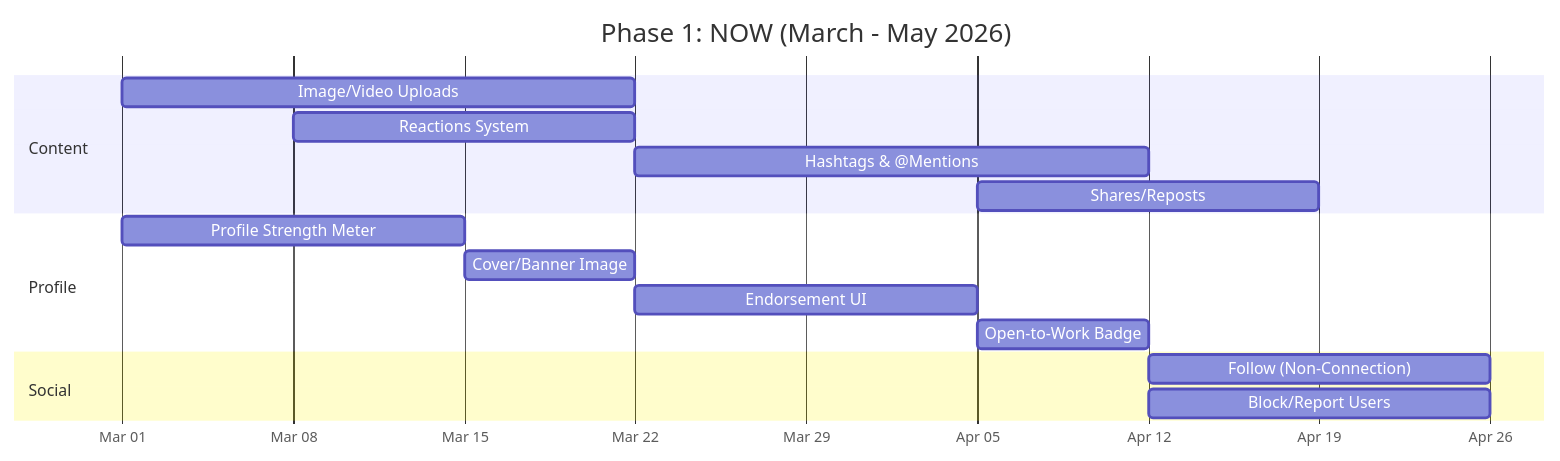
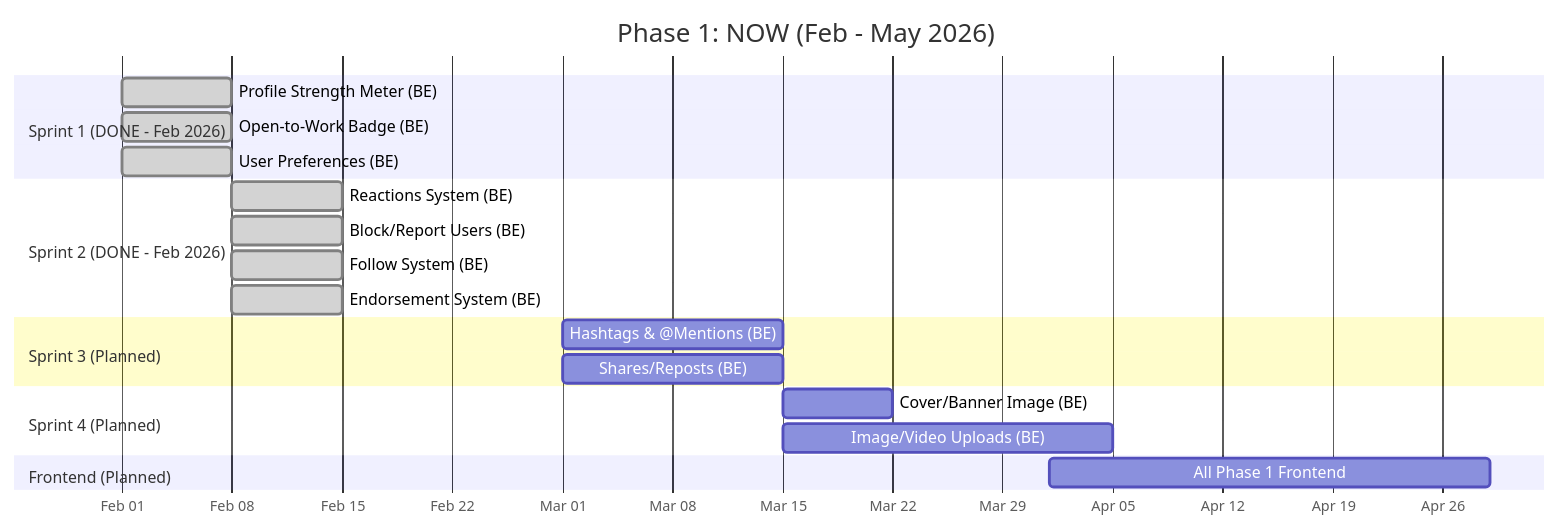
Before and after one commit to Tamoura/Claude-Code-creates-the-SW-company: the first of 8 diagrams in products/connectin/docs/ROADMAP.md, drawn with Mermaid. The commit also changed other lines of this file and 5 other files, not shown here.

First line of the commit message:
docs(connectin): update all docs for Sprint 2 features

````diff
--- a/products/connectin/docs/ROADMAP.md
+++ b/products/connectin/docs/ROADMAP.md
@@ -101,22 +137,28 @@
 ```mermaid
 gantt
-    title Phase 1: NOW (March - May 2026)
+    title Phase 1: NOW (Feb - May 2026)
     dateFormat  YYYY-MM-DD
     axisFormat  %b %d
 
-    section Content
-    Image/Video Uploads            :p1a, 2026-03-01, 21d
-    Reactions System               :p1b, 2026-03-08, 14d
-    Hashtags & @Mentions           :p1c, 2026-03-22, 21d
-    Shares/Reposts                 :p1d, 2026-04-05, 14d
+    section Sprint 1 (DONE - Feb 2026)
+    Profile Strength Meter (BE)    :done, p1e, 2026-02-01, 7d
+    Open-to-Work Badge (BE)        :done, p1h, 2026-02-01, 7d
+    User Preferences (BE)          :done, p1k, 2026-02-01, 7d
 
-    section Profile
-    Profile Strength Meter         :p1e, 2026-03-01, 14d
-    Cover/Banner Image             :p1f, 2026-03-15, 7d
-    Endorsement UI                 :p1g, 2026-03-22, 14d
-    Open-to-Work Badge             :p1h, 2026-04-05, 7d
+    section Sprint 2 (DONE - Feb 2026)
+    Reactions System (BE)          :done, p1b, 2026-02-08, 7d
+    Block/Report Users (BE)        :done, p1j, 2026-02-08, 7d
+    Follow System (BE)             :done, p1i, 2026-02-08, 7d
+    Endorsement System (BE)        :done, p1g, 2026-02-08, 7d
 
-    section Social
-    Follow (Non-Connection)        :p1i, 2026-04-12, 14d
-    Block/Report Users             :p1j, 2026-04-12, 14d
+    section Sprint 3 (Planned)
+    Hashtags & @Mentions (BE)      :p1c, 2026-03-01, 14d
+    Shares/Reposts (BE)            :p1d, 2026-03-01, 14d
+
+    section Sprint 4 (Planned)
+    Cover/Banner Image (BE)        :p1f, 2026-03-15, 7d
+    Image/Video Uploads (BE)       :p1a, 2026-03-15, 21d
+
+    section Frontend (Planned)
+    All Phase 1 Frontend           :p1fe, 2026-04-01, 28d
 ```
````
